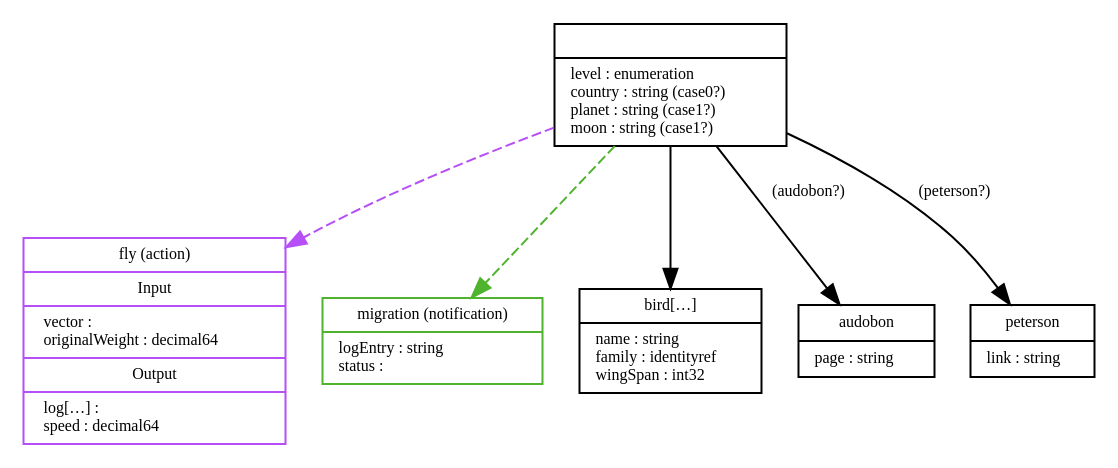
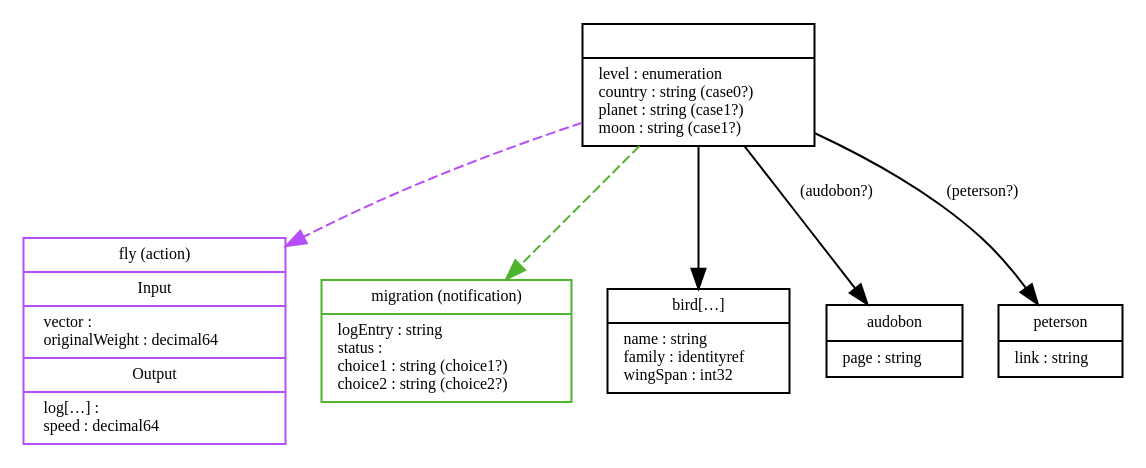
One commit to freeconf/yang changed the diagram in cmd/fc-yang/doc/gold/doc-example.dot. Above: the diagram before and after it, drawn with Graphviz. The commit also changed 5 other files, not shown here.

Commit message:
issue 12 - notification/choice/svg docs

```diff
--- a/cmd/fc-yang/doc/gold/doc-example.dot
+++ b/cmd/fc-yang/doc/gold/doc-example.dot
@@ -1,100 +1,100 @@
 digraph G {
         fontname = "Bitstream Vera Sans"
         fontsize = 8
 
         node [
                 fontname = "Bitstream Vera Sans"
                 fontsize = 8
                 shape = "record"
         ]
 
         edge [
                 fontname = "Bitstream Vera Sans"
                 fontsize = 8
         ]
 
 
 	doc_example [
 		label = "{|level : enumeration\lcountry : string (case0?)\lplanet : string (case1?)\lmoon : string (case1?)\l}"
 	]
 	
 
 	
        doc_example_fly [
          label = "{fly (action)|Input|&#32;&#32;vector : \l&#32;&#32;originalWeight : decimal64\l|Output|&#32;&#32;log[…] : \l&#32;&#32;speed : decimal64\l}"
          color = "#b64ff7"
        ]
        doc_example -> doc_example_fly [
          style = "dashed"
          color = "#b64ff7"
        ]
 	
 
 	
        doc_example_migration [
-         label = "{migration (notification)|logEntry : string\lstatus : \l}"
+         label = "{migration (notification)|logEntry : string\lstatus : \lchoice1 : string (choice1?)\lchoice2 : string (choice2?)\l}"
          color = "#4fb32e"
        ]
        doc_example -> doc_example_migration [
          style = "dashed"
          color = "#4fb32e"
        ]
 	
 
 	doc_example_bird [
 		label = "{bird[…]|name : string\lfamily : identityref\lwingSpan : int32\l}"
 	]
 	
 
 	
 
 	
 
 	doc_example_audobon [
 		label = "{audobon|page : string\l}"
 	]
 	
 
 	
 
 	
 
 	doc_example_peterson [
 		label = "{peterson|link : string\l}"
 	]
 	
 
 	
 
 	
 
 
 
   
     doc_example -> doc_example_bird [
          label=""
        ]
     
     
     
     
     doc_example -> doc_example_audobon [
          label=" (audobon?)"
        ]
     doc_example -> doc_example_peterson [
          label=" (peterson?)"
        ]
 
   
     
     
     
 
   
     
 
   
     
 
 
 }
```
